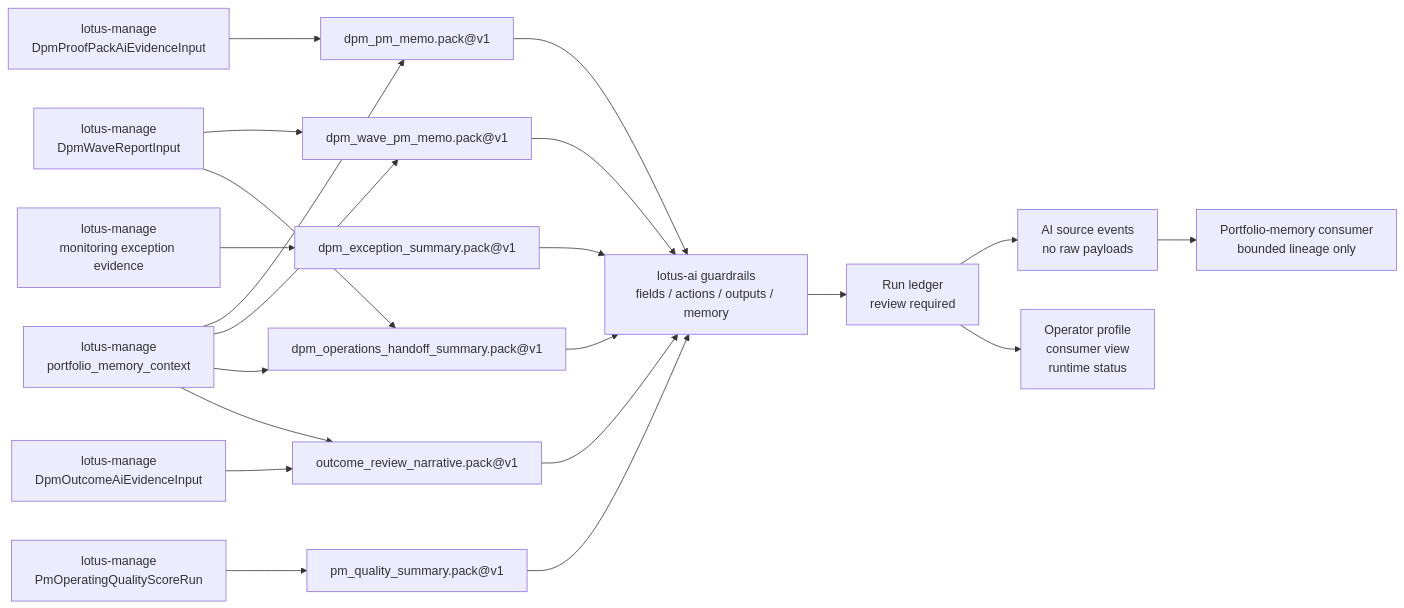
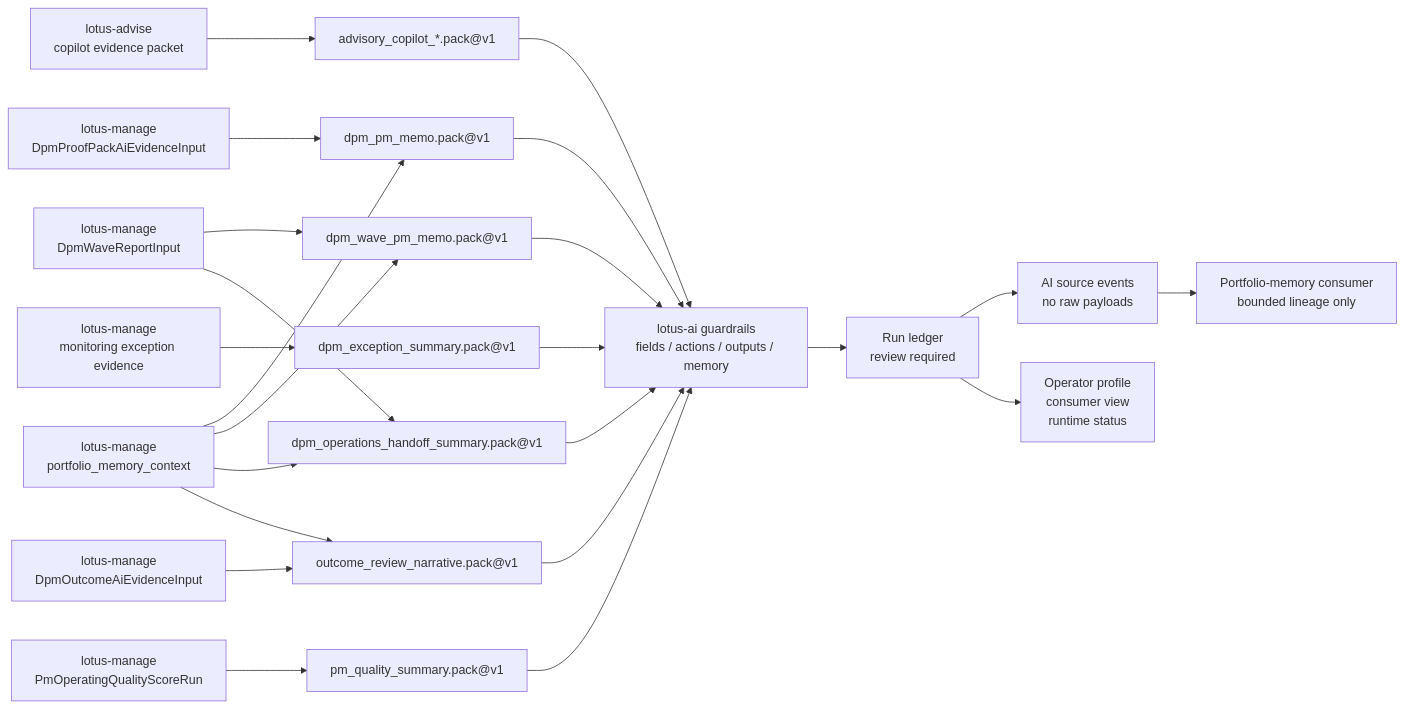
Before and after one commit to sgajbi/lotus-ai: the diagram in wiki/Platform-Surfaces.md, drawn with Mermaid. The commit also changed other lines of this file and 27 other files, not shown here.

Commit message:
feat: register rfc0027 advisory copilot packs

````diff
--- a/wiki/Platform-Surfaces.md
+++ b/wiki/Platform-Surfaces.md
@@ -160,23 +165,25 @@
 ```mermaid
 flowchart LR
     ProofPack["lotus-manage\nDpmProofPackAiEvidenceInput"] --> MemoPack["dpm_pm_memo.pack@v1"]
+    Copilot["lotus-advise\ncopilot evidence packet"] --> CopilotPack["advisory_copilot_*.pack@v1"]
     Wave["lotus-manage\nDpmWaveReportInput"] --> WavePack["dpm_wave_pm_memo.pack@v1"]
     Exception["lotus-manage\nmonitoring exception evidence"] --> ExceptionPack["dpm_exception_summary.pack@v1"]
     Wave --> HandoffPack["dpm_operations_handoff_summary.pack@v1"]
     Outcome["lotus-manage\nDpmOutcomeAiEvidenceInput"] --> OutcomePack["outcome_review_narrative.pack@v1"]
     PMQ["lotus-manage\nPmOperatingQualityScoreRun"] --> PMQPack["pm_quality_summary.pack@v1"]
+    CopilotPack --> Guardrails
     Memory["lotus-manage\nportfolio_memory_context"] --> MemoPack
     Memory --> WavePack
     Memory --> HandoffPack
     Memory --> OutcomePack
     MemoPack --> Guardrails["lotus-ai guardrails\nfields / actions / outputs / memory"]
     WavePack --> Guardrails
     ExceptionPack --> Guardrails
     HandoffPack --> Guardrails
     OutcomePack --> Guardrails
     PMQPack --> Guardrails
     Guardrails --> Ledger["Run ledger\nreview required"]
     Ledger --> SourceEvents["AI source events\nno raw payloads"]
     Ledger --> Operator["Operator profile\nconsumer view\nruntime status"]
     SourceEvents --> MemoryConsumer["Portfolio-memory consumer\nbounded lineage only"]
 ```
````
